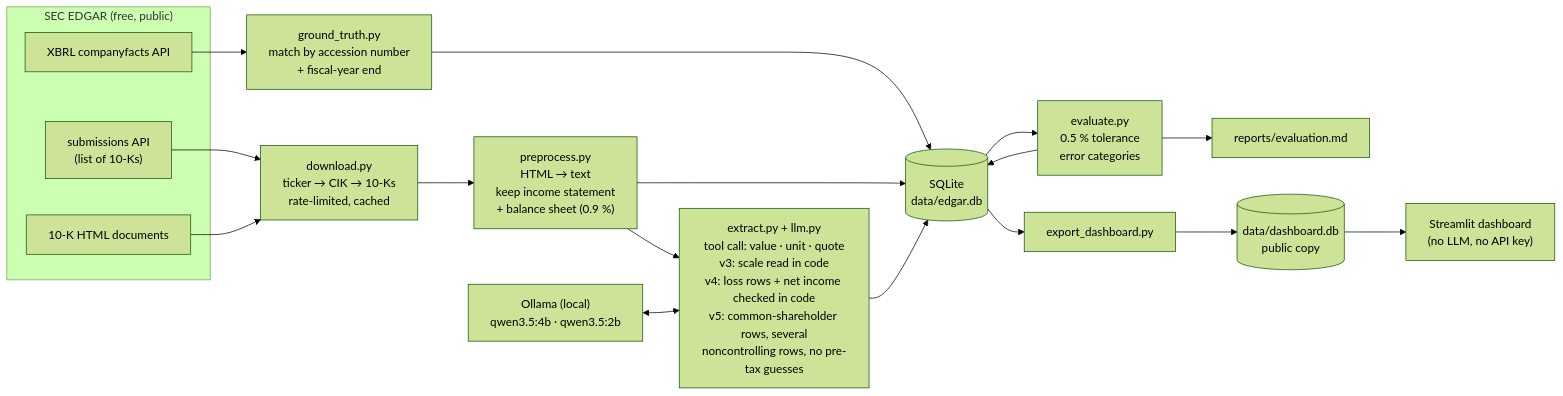
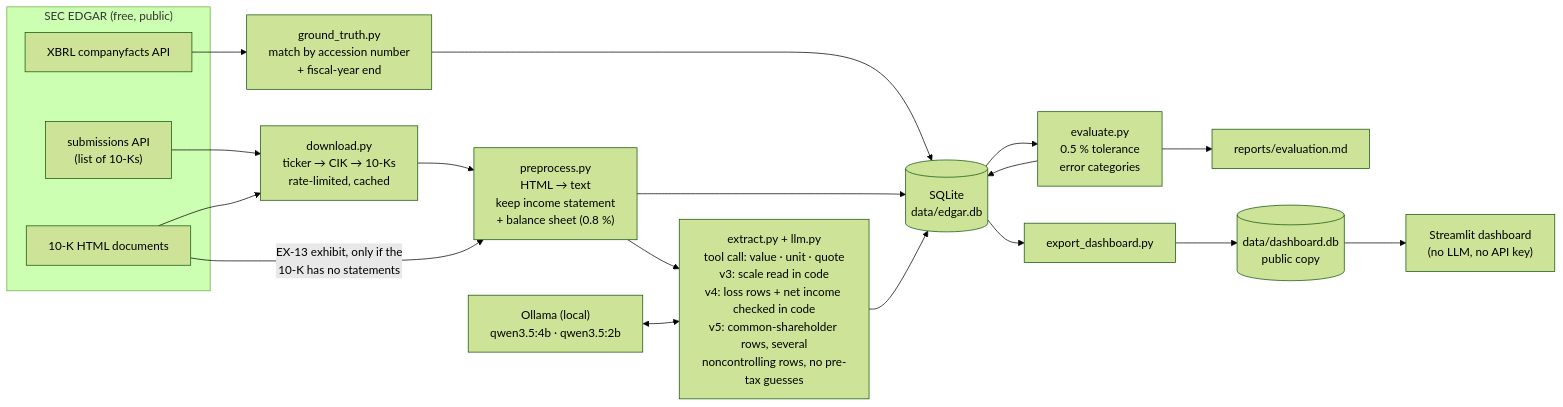
The diagram in README.md (maurizoffice-lgtm/edgar-extract), drawn with Mermaid (forest theme) before and after one commit. The commit also changed other lines of this file and 10 other files, not shown here.

First line of the commit message:
Read statements from the EX-13 exhibit and join continued income statements

````diff
--- a/README.md
+++ b/README.md
@@ -35,23 +35,24 @@
 ```mermaid
 flowchart LR
     subgraph SEC["SEC EDGAR (free, public)"]
         S["submissions API<br/>(list of 10-Ks)"]
         H["10-K HTML documents"]
         X["XBRL companyfacts API"]
     end
     S --> D["download.py<br/>ticker → CIK → 10-Ks<br/>rate-limited, cached"]
     H --> D
     X --> G["ground_truth.py<br/>match by accession number<br/>+ fiscal-year end"]
-    D --> P["preprocess.py<br/>HTML → text<br/>keep income statement<br/>+ balance sheet (0.9 %)"]
+    D --> P["preprocess.py<br/>HTML → text<br/>keep income statement<br/>+ balance sheet (0.8 %)"]
+    H -- "EX-13 exhibit, only if the<br/>10-K has no statements" --> P
     P --> E["extract.py + llm.py<br/>tool call: value · unit · quote<br/>v3: scale read in code<br/>v4: loss rows + net income checked in code<br/>v5: common-shareholder rows, several<br/>noncontrolling rows, no pre-tax guesses"]
     O["Ollama (local)<br/>qwen3.5:4b · qwen3.5:2b"] <--> E
     G --> DB[("SQLite<br/>data/edgar.db")]
     P --> DB
     E --> DB
     DB --> V["evaluate.py<br/>0.5 % tolerance<br/>error categories"]
     V --> R["reports/evaluation.md"]
     V --> DB
     DB --> EX["export_dashboard.py"]
     EX --> DDB[("data/dashboard.db<br/>public copy")]
     DDB --> UI["Streamlit dashboard<br/>(no LLM, no API key)"]
 ```
````
